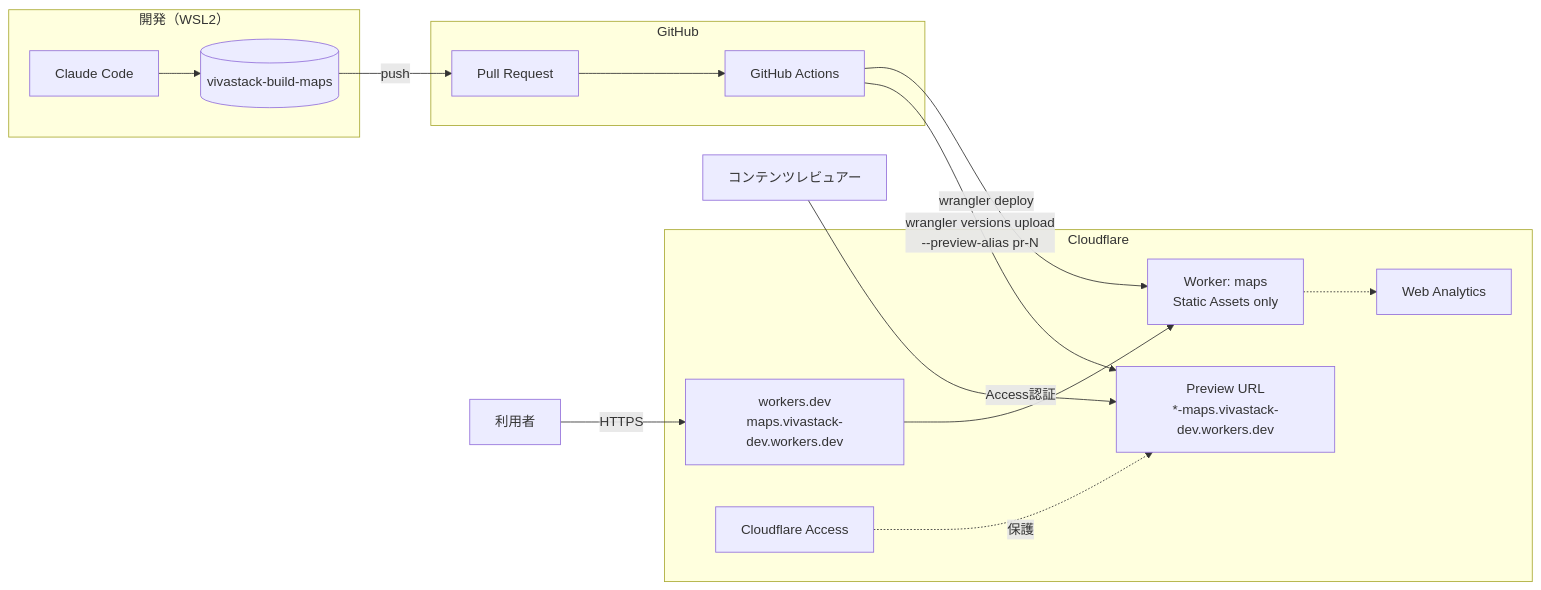
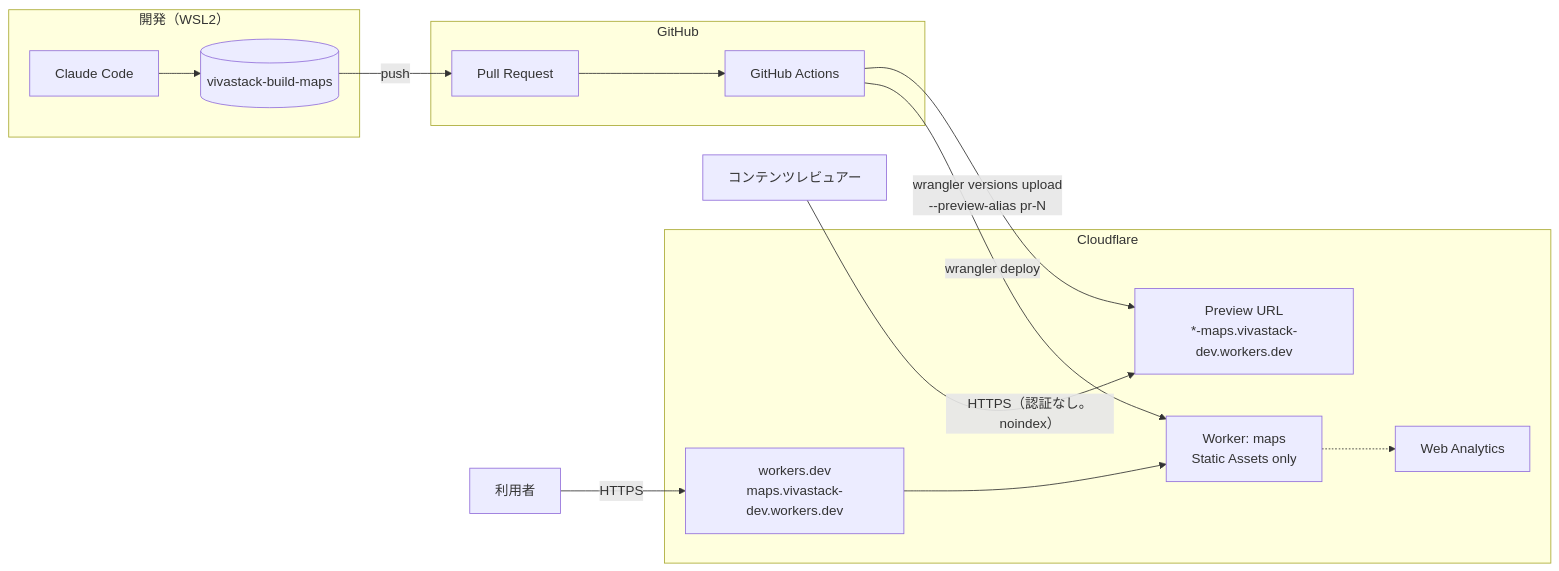
The first of 5 diagrams in docs/development-overview.md (vivastack-labs/vivastack-build-maps), drawn with Mermaid before and after one commit. The commit also changed other lines of this file and 3 other files, not shown here.

First line of the commit message:
docs: プレビューURLを Cloudflare Access で守るのをやめる（D46）

````diff
--- a/docs/development-overview.md
+++ b/docs/development-overview.md
@@ -426,31 +426,29 @@
 ```mermaid
 flowchart LR
   subgraph Dev["開発（WSL2）"]
     CC[Claude Code]
     REPO[(vivastack-build-maps)]
     CC --> REPO
   end
 
   subgraph GH["GitHub"]
     PR[Pull Request]
     GA[GitHub Actions]
     PR --> GA
   end
 
   subgraph CF["Cloudflare"]
     W["Worker: maps<br/>Static Assets only"]
     R["workers.dev<br/>maps.vivastack-dev.workers.dev"]
     V["Preview URL<br/>*-maps.vivastack-dev.workers.dev"]
-    ACC[Cloudflare Access]
     WA[Web Analytics]
     R --> W
-    ACC -.保護.-> V
   end
 
   REPO -->|push| PR
   GA -->|"wrangler versions upload<br/>--preview-alias pr-N"| V
   GA -->|wrangler deploy| W
   U[利用者] -->|HTTPS| R
-  RV[コンテンツレビュアー] -->|Access認証| V
+  RV[コンテンツレビュアー] -->|HTTPS（認証なし。noindex）| V
   W -.-> WA
 ```
````
